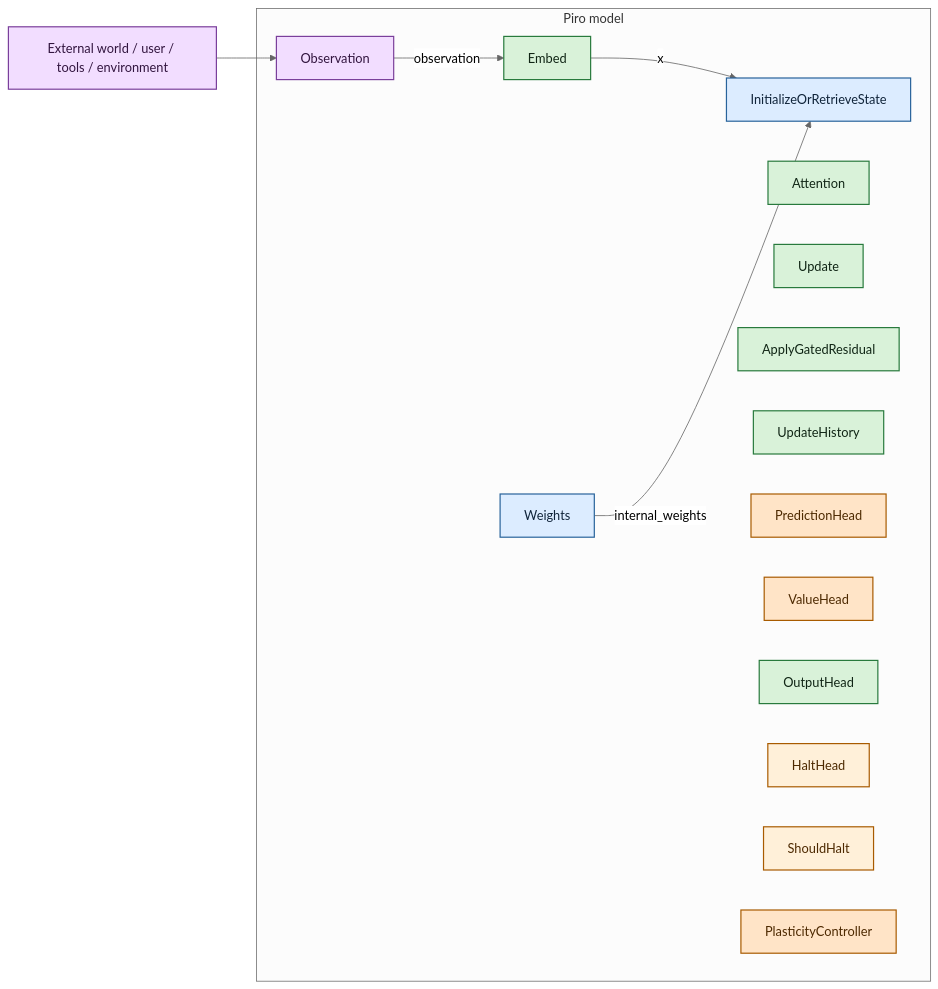
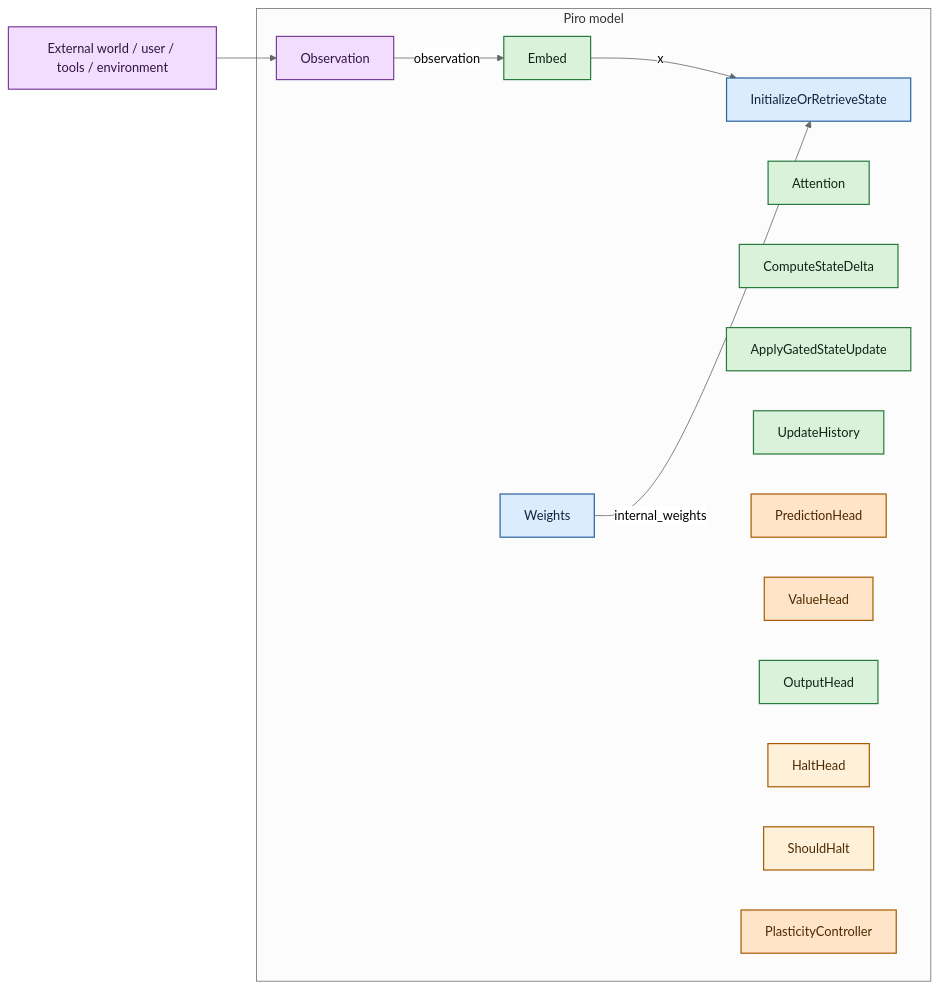
The diagram in docs/architecture/stateful-rl-first-model-v0.1.mmd (vargasjr-dev/piro), drawn with Mermaid (neutral theme) before and after one commit. The commit also changed 5 other files, not shown here.

```diff
--- a/docs/architecture/stateful-rl-first-model-v0.1.mmd
+++ b/docs/architecture/stateful-rl-first-model-v0.1.mmd
@@ -1,27 +1,27 @@
 %% Piro Stateful RL-First Model v0.1
 %% Pseudocode view: initial boundary and state initialization only while flow is reviewed
 flowchart LR
     classDef current fill:#d9f2d9,stroke:#287a3d,color:#102515,stroke-width:1.5px
     classDef proposed fill:#dcecff,stroke:#28639b,color:#10243a,stroke-width:1.5px
     classDef learning fill:#ffe4c7,stroke:#a85b00,color:#4d2900,stroke-width:1.5px
     classDef external fill:#f2ddff,stroke:#7a3f9b,color:#32153f,stroke-width:1.5px
     classDef control fill:#fff0d9,stroke:#a85b00,color:#4d2900,stroke-width:1.5px
 
     X[External world / user / tools / environment]:::external --> I[Observation]:::external
 
     subgraph PIRO[Piro model]
         I -->|observation| E[Embed]:::current
         E -->|x| S[InitializeOrRetrieveState]:::proposed
         W[Weights]:::proposed -->|internal_weights| S
 
         A[Attention]:::current
-        D[Update]:::current
-        R[ApplyGatedResidual]:::current
+        D[ComputeStateDelta]:::current
+        R[ApplyGatedStateUpdate]:::current
         N[UpdateHistory]:::current
         P[PredictionHead]:::learning
         V[ValueHead]:::learning
         O[OutputHead]:::current
         Ha[HaltHead]:::control
         Sh[ShouldHalt]:::control
         Pc[PlasticityController]:::learning
     end
```
